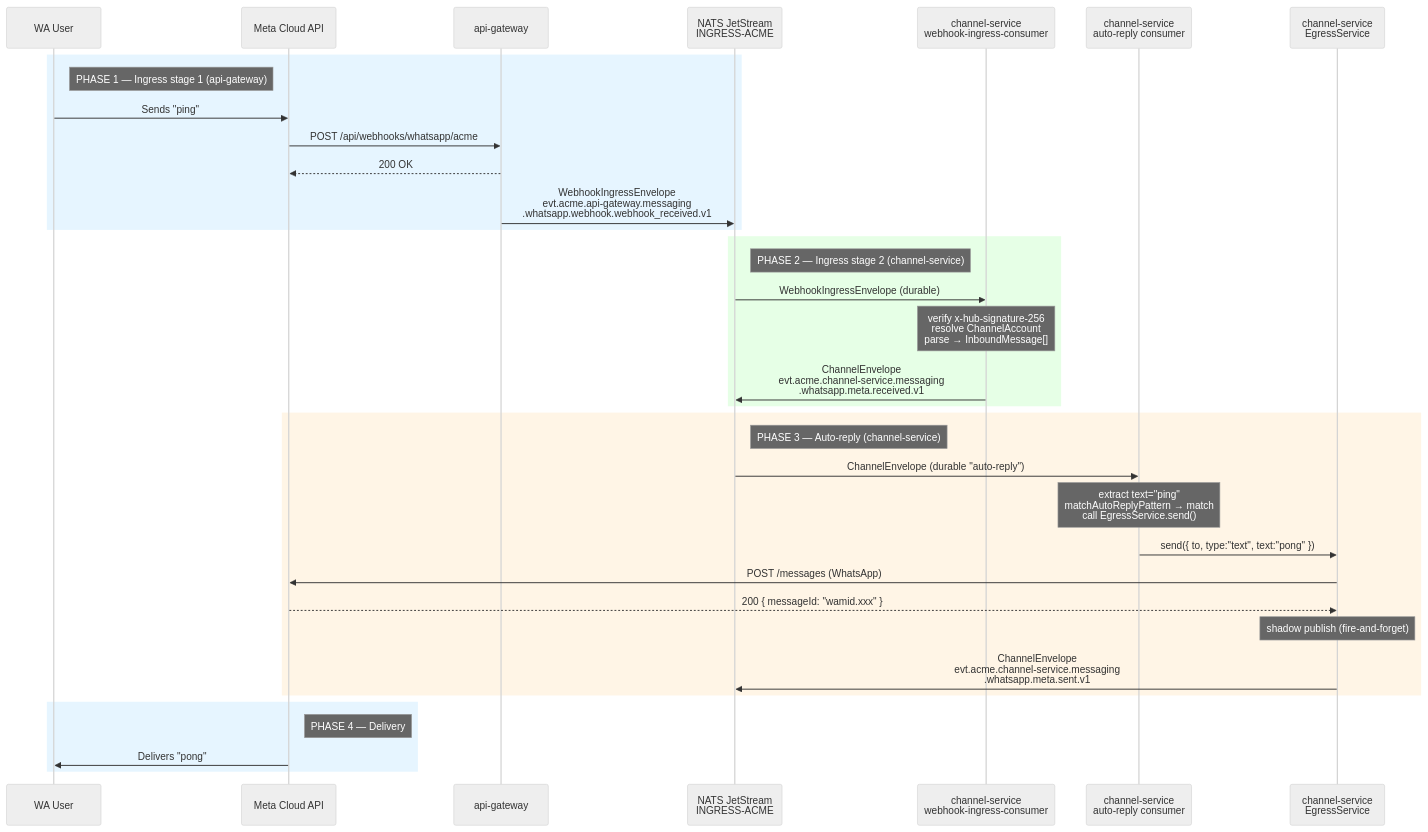
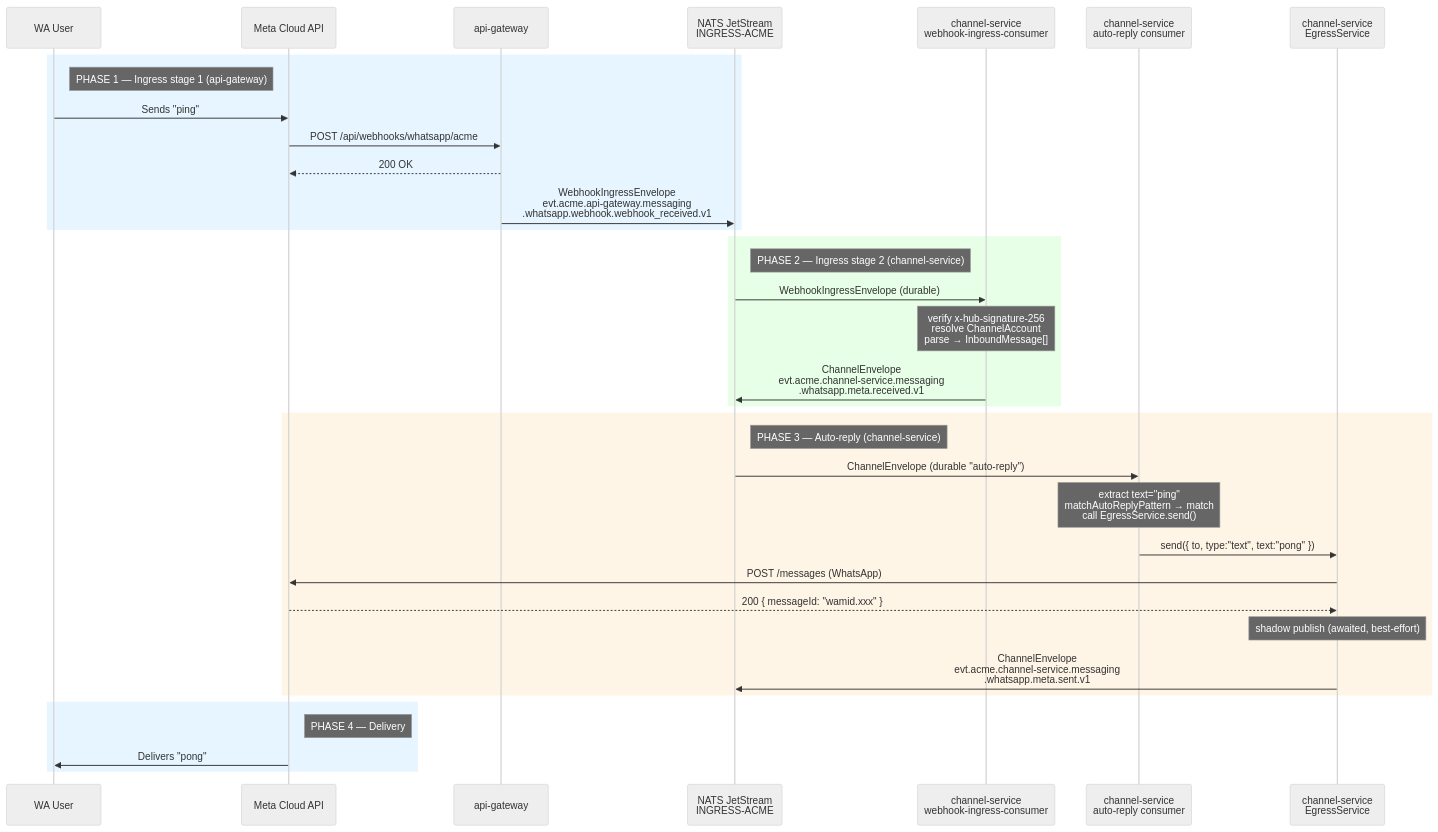
Before and after one commit to ccarnero/colloqui: the fourth of 4 diagrams in DOCS/channels/channel-service.md, drawn with Mermaid (neutral theme). The commit also changed other lines of this file and 26 other files, not shown here.

````diff
--- a/DOCS/channels/channel-service.md
+++ b/DOCS/channels/channel-service.md
@@ -424,41 +489,41 @@
 ```mermaid
 sequenceDiagram
     participant WA as WA User
     participant Meta as Meta Cloud API
     participant GW as api-gateway
     participant JS as NATS JetStream<br/>INGRESS-ACME
     participant CS_WH as channel-service<br/>webhook-ingress-consumer
     participant CS_AR as channel-service<br/>auto-reply consumer
     participant CS_EG as channel-service<br/>EgressService
 
     rect rgb(230, 245, 255)
         Note right of WA: PHASE 1 — Ingress stage 1 (api-gateway)
         WA->>Meta: Sends "ping"
         Meta->>GW: POST /api/webhooks/whatsapp/acme
         GW-->>Meta: 200 OK
         GW->>JS: WebhookIngressEnvelope<br/>evt.acme.api-gateway.messaging<br/>.whatsapp.webhook.webhook_received.v1
     end
 
     rect rgb(230, 255, 230)
         Note right of JS: PHASE 2 — Ingress stage 2 (channel-service)
         JS->>CS_WH: WebhookIngressEnvelope (durable)
         Note over CS_WH: verify x-hub-signature-256<br/>resolve ChannelAccount<br/>parse → InboundMessage[]
         CS_WH->>JS: ChannelEnvelope<br/>evt.acme.channel-service.messaging<br/>.whatsapp.meta.received.v1
     end
 
     rect rgb(255, 245, 230)
         Note right of JS: PHASE 3 — Auto-reply (channel-service)
         JS->>CS_AR: ChannelEnvelope (durable "auto-reply")
         Note over CS_AR: extract text="ping"<br/>matchAutoReplyPattern → match<br/>call EgressService.send()
         CS_AR->>CS_EG: send({ to, type:"text", text:"pong" })
         CS_EG->>Meta: POST /messages (WhatsApp)
         Meta-->>CS_EG: 200 { messageId: "wamid.xxx" }
-        Note over CS_EG: shadow publish (fire-and-forget)
+        Note over CS_EG: shadow publish (awaited, best-effort)
         CS_EG->>JS: ChannelEnvelope<br/>evt.acme.channel-service.messaging<br/>.whatsapp.meta.sent.v1
     end
 
     rect rgb(230, 245, 255)
         Note right of Meta: PHASE 4 — Delivery
         Meta->>WA: Delivers "pong"
     end
 ```
````
